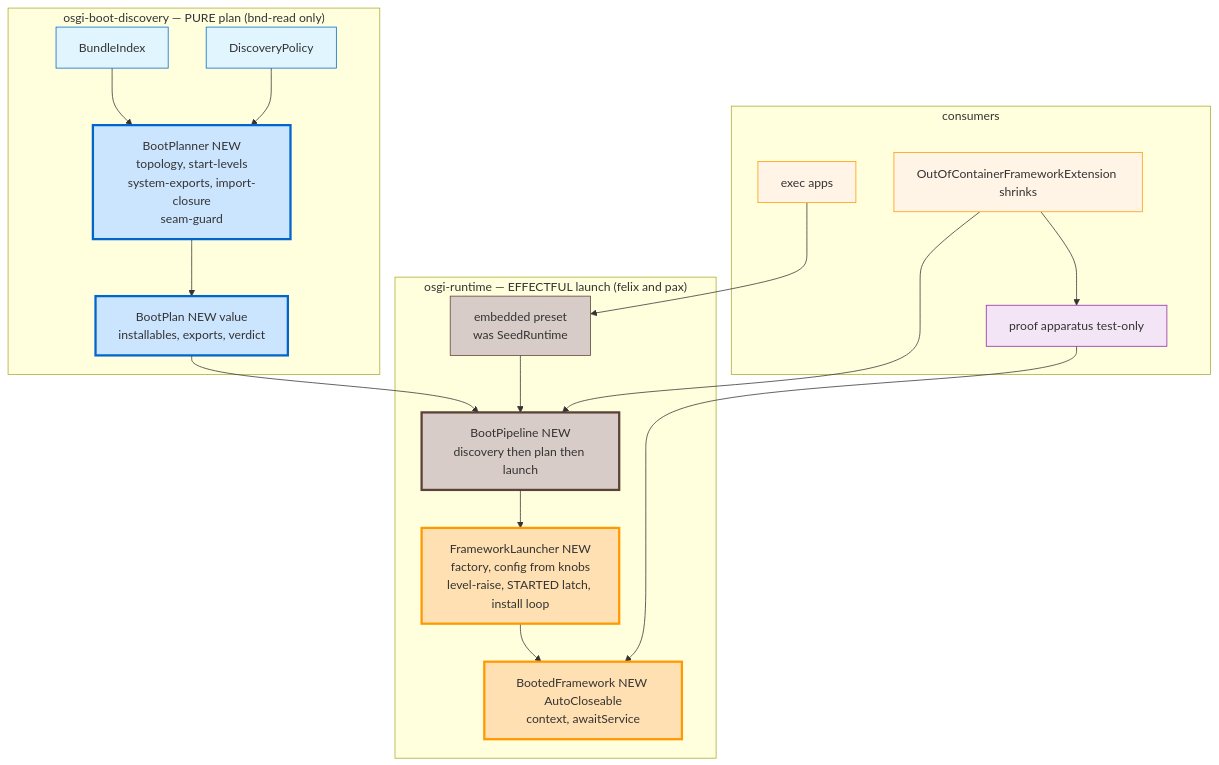
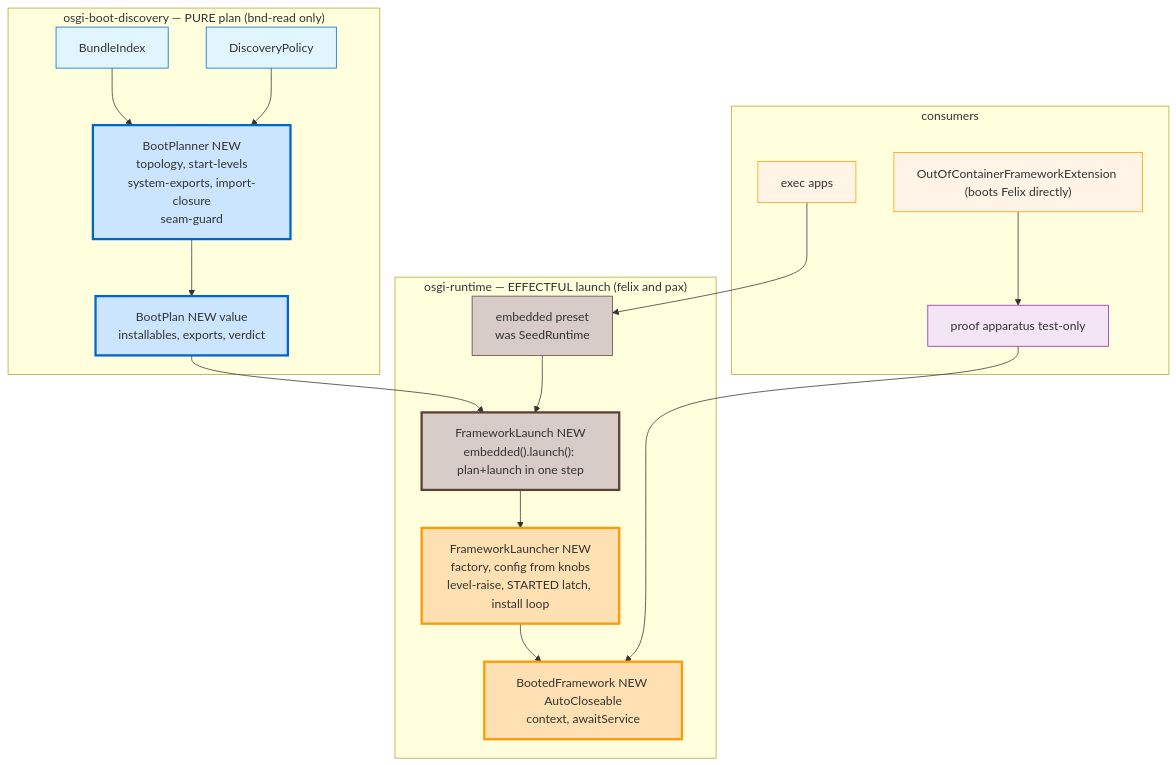
Before and after one commit to nxmatic/rke2lab: the first of 3 diagrams in docs/architecture/osgi/osgi-boot-decomposition-spec.adoc, drawn with Mermaid. The commit also changed other lines of this file and 18 other files, not shown here.

```diff
--- a/docs/architecture/osgi/osgi-boot-decomposition-spec.adoc
+++ b/docs/architecture/osgi/osgi-boot-decomposition-spec.adoc
@@ -70,46 +70,45 @@
 [mermaid]
 ----
 flowchart TB
   subgraph "osgi-boot-discovery — PURE plan (bnd-read only)"
     Planner["BootPlanner NEW<br/>topology, start-levels<br/>system-exports, import-closure<br/>seam-guard"]
     Plan["BootPlan NEW value<br/>installables, exports, verdict"]
     Index["BundleIndex"]
     Policy["DiscoveryPolicy"]
     Index --> Planner
     Policy --> Planner
     Planner --> Plan
   end
 
   subgraph "osgi-runtime — EFFECTFUL launch (felix and pax)"
     Launcher["FrameworkLauncher NEW<br/>factory, config from knobs<br/>level-raise, STARTED latch, install loop"]
     Booted["BootedFramework NEW AutoCloseable<br/>context, awaitService"]
-    Pipe["BootPipeline NEW<br/>discovery then plan then launch"]
+    Pipe["FrameworkLaunch NEW<br/>embedded().launch(): plan+launch in one step"]
     Preset["embedded preset<br/>was SeedRuntime"]
     Launcher --> Booted
     Plan --> Pipe
     Pipe --> Launcher
     Preset --> Pipe
   end
 
   subgraph "consumers"
     Exec["exec apps"]
-    Ffe["OutOfContainerFrameworkExtension shrinks"]
+    Ffe["OutOfContainerFrameworkExtension (boots Felix directly)"]
     Proof["proof apparatus test-only"]
     Exec --> Preset
-    Ffe --> Pipe
     Ffe --> Proof
     Proof --> Booted
   end
 
   style Planner fill:#cce5ff,stroke:#0066cc,stroke-width:3px
   style Plan fill:#cce5ff,stroke:#0066cc,stroke-width:3px
   style Index fill:#e1f5ff,stroke:#0066cc
   style Policy fill:#e1f5ff,stroke:#0066cc
   style Launcher fill:#ffe0b2,stroke:#ff9900,stroke-width:3px
   style Booted fill:#ffe0b2,stroke:#ff9900,stroke-width:3px
   style Pipe fill:#d7ccc8,stroke:#5d4037,stroke-width:3px
   style Preset fill:#d7ccc8,stroke:#5d4037
   style Exec fill:#fff4e6,stroke:#ff9900
   style Ffe fill:#fff4e6,stroke:#ff9900
   style Proof fill:#f3e5f5,stroke:#8e24aa
 ----
```
